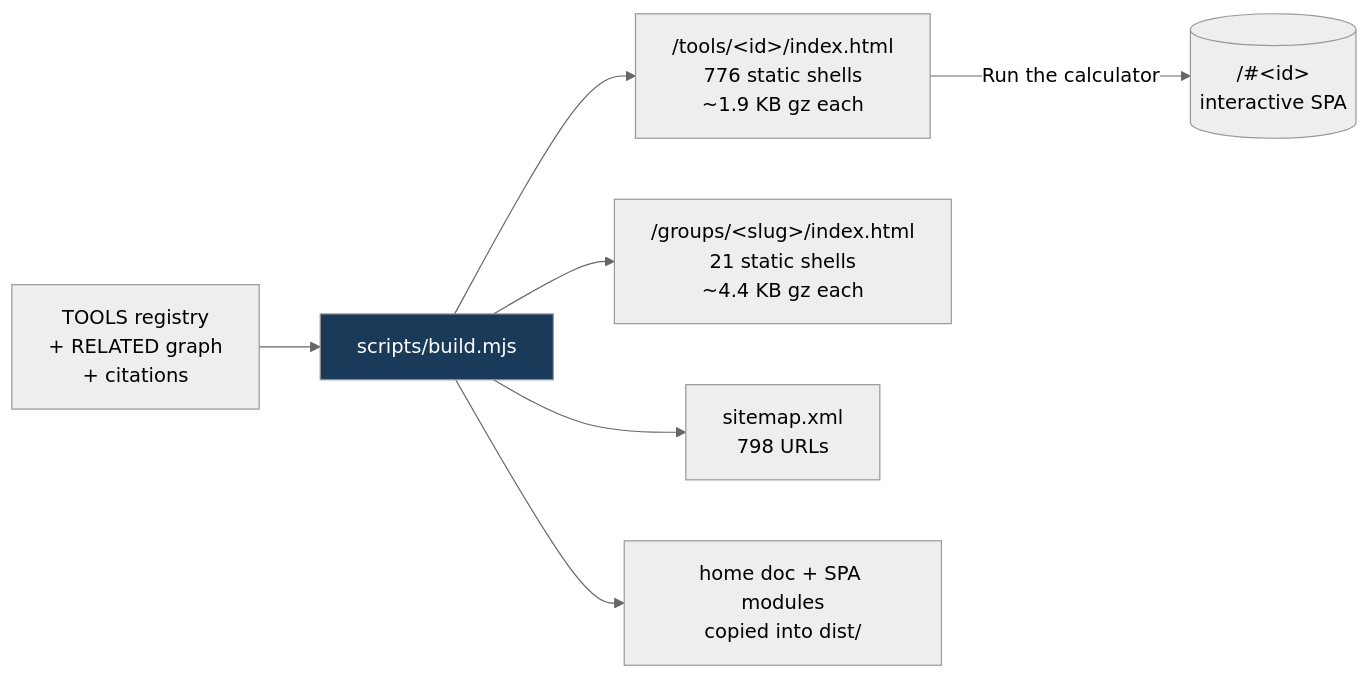
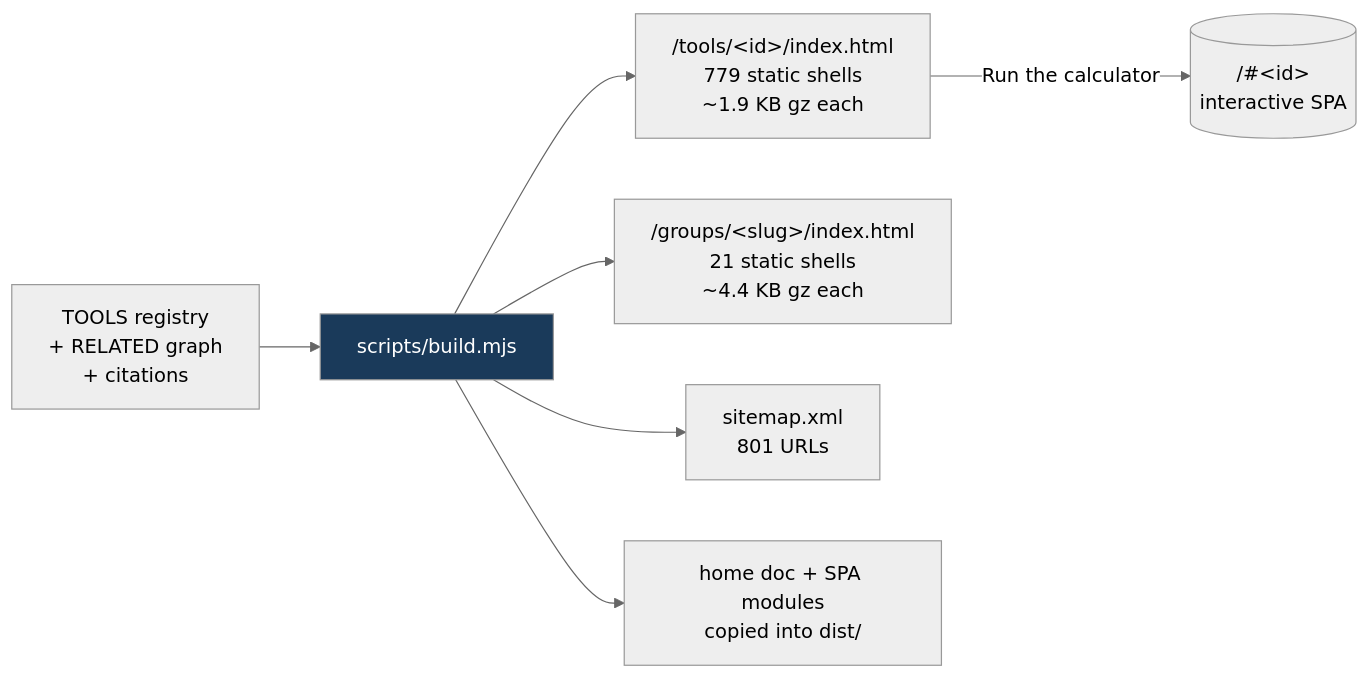
The fifth of 8 diagrams in README.md (clay-good/roughlogic.com), drawn with Mermaid (neutral theme) before and after one commit. The commit also changed other lines of this file and 19 other files, not shown here.

````diff
--- a/README.md
+++ b/README.md
@@ -495,10 +495,10 @@
 ```mermaid
 flowchart LR
     SRC[TOOLS registry\n+ RELATED graph\n+ citations] --> BUILD[scripts/build.mjs]
-    BUILD --> TILE["/tools/&lt;id&gt;/index.html\n776 static shells\n~1.9 KB gz each"]
+    BUILD --> TILE["/tools/&lt;id&gt;/index.html\n779 static shells\n~1.9 KB gz each"]
     BUILD --> GROUP["/groups/&lt;slug&gt;/index.html\n21 static shells\n~4.4 KB gz each"]
-    BUILD --> MAP["sitemap.xml\n798 URLs"]
+    BUILD --> MAP["sitemap.xml\n801 URLs"]
     BUILD --> COPY[home doc + SPA modules\ncopied into dist/]
     TILE -->|Run the calculator| SPA[("/#&lt;id&gt;\ninteractive SPA")]
     style BUILD fill:#1a3a5a,color:#fff
 ```
````
